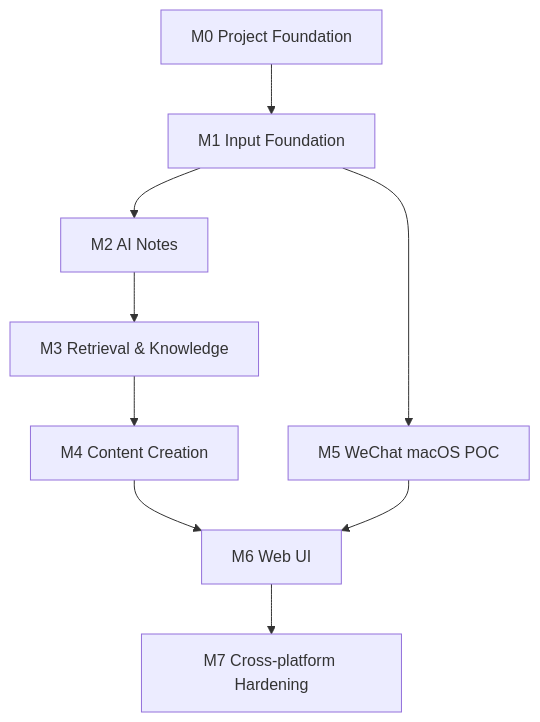
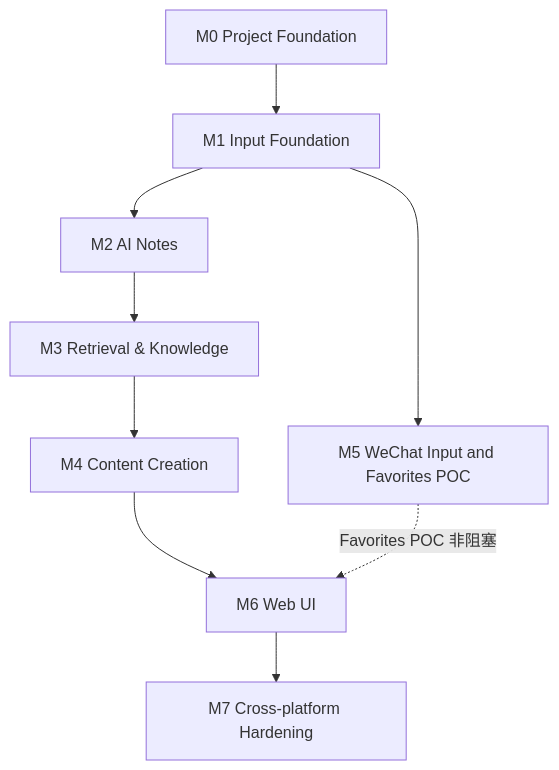
The first of 2 diagrams in ROADMAP.md (liuzihan314-wq/personal-ai-kb), drawn with Mermaid before and after one commit. The commit also changed other lines of this file and 5 other files, not shown here.

````diff
--- a/ROADMAP.md
+++ b/ROADMAP.md
@@ -38,20 +38,20 @@
 ```mermaid
 flowchart TD
     M0[M0 Project Foundation]
     M1[M1 Input Foundation]
     M2[M2 AI Notes]
     M3[M3 Retrieval & Knowledge]
     M4[M4 Content Creation]
-    M5[M5 WeChat macOS POC]
+    M5[M5 WeChat Input and Favorites POC]
     M6[M6 Web UI]
     M7[M7 Cross-platform Hardening]
 
     M0 --> M1
     M1 --> M2
     M2 --> M3
     M3 --> M4
     M1 --> M5
     M4 --> M6
-    M5 --> M6
+    M5 -.Favorites POC 非阻塞.-> M6
     M6 --> M7
 ```
````
